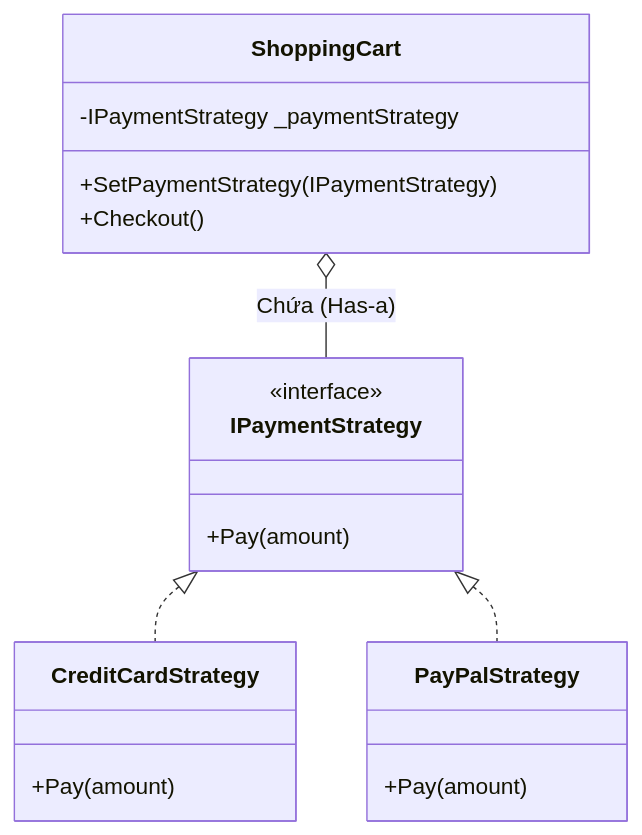
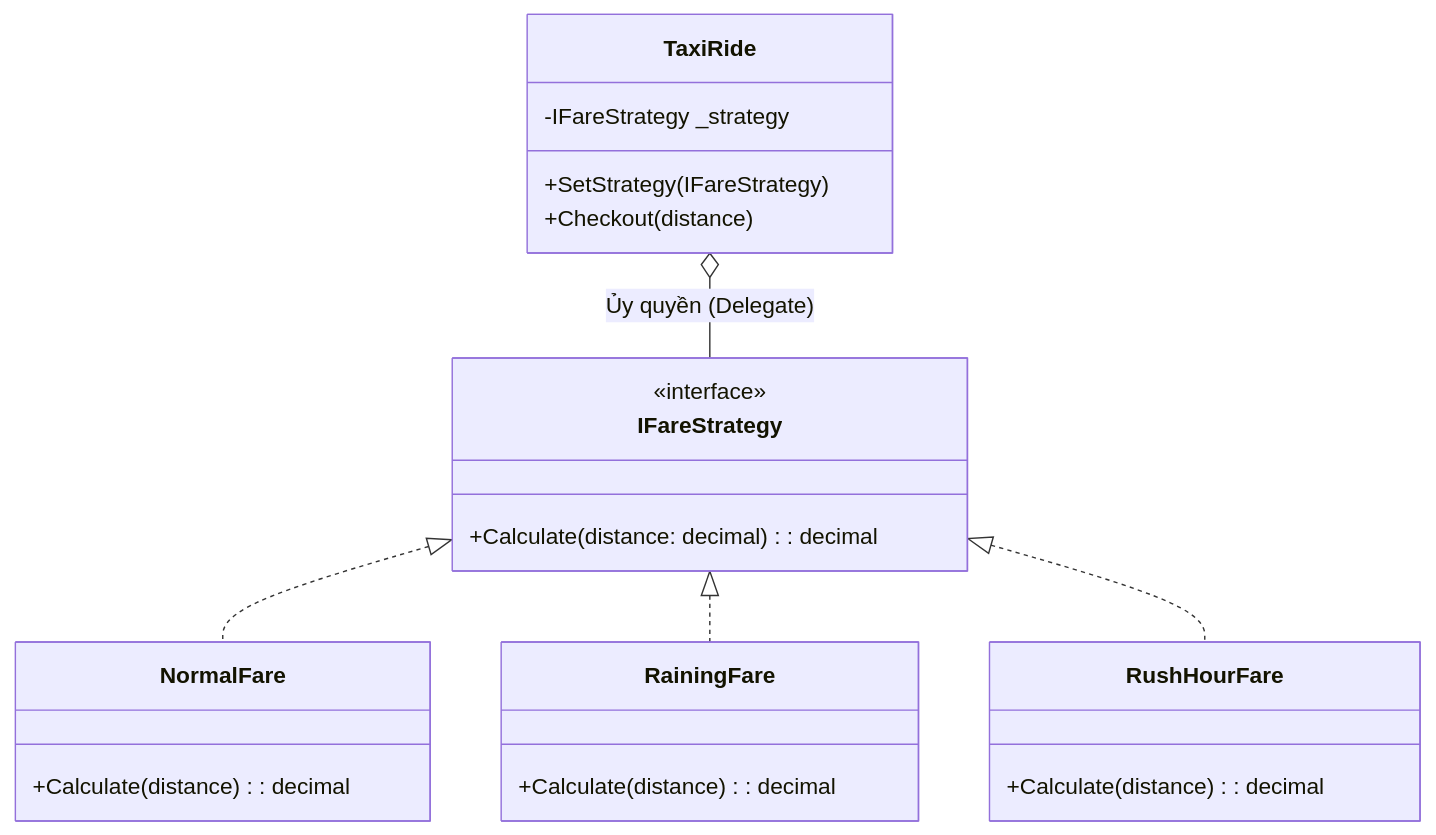
Before and after one commit to maitieubao/VisualizationDSA: the diagram in frontend/src/features/docs/content/patterns/strategy.md, drawn with Mermaid. The commit also changed other lines of this file and 823 other files, not shown here.

First line of the commit message:
feat: Sprint 3 hoàn tất - Classroom, Codelabs, Theory Articles, Graph search viz + redesign QuickSort/MergeSort visualizers

````diff
--- a/frontend/src/features/docs/content/patterns/strategy.md
+++ b/frontend/src/features/docs/content/patterns/strategy.md
@@ -25,22 +81,28 @@
 ```mermaid
 classDiagram
-    class ShoppingCart {
-        -IPaymentStrategy _paymentStrategy
-        +SetPaymentStrategy(IPaymentStrategy)
-        +Checkout()
-    }
-    class IPaymentStrategy {
+    class IFareStrategy {
         <<interface>>
-        +Pay(amount)
-    }
-    class CreditCardStrategy {
-        +Pay(amount)
-    }
-    class PayPalStrategy {
-        +Pay(amount)
+        +Calculate(distance: decimal): decimal
     }
     
-    ShoppingCart o-- IPaymentStrategy : Chứa (Has-a)
-    IPaymentStrategy <|.. CreditCardStrategy
-    IPaymentStrategy <|.. PayPalStrategy
+    class NormalFare {
+        +Calculate(distance): decimal
+    }
+    class RainingFare {
+        +Calculate(distance): decimal
+    }
+    class RushHourFare {
+        +Calculate(distance): decimal
+    }
+    
+    class TaxiRide {
+        -IFareStrategy _strategy
+        +SetStrategy(IFareStrategy)
+        +Checkout(distance)
+    }
+    
+    IFareStrategy <|.. NormalFare
+    IFareStrategy <|.. RainingFare
+    IFareStrategy <|.. RushHourFare
+    TaxiRide o-- IFareStrategy : Ủy quyền (Delegate)
 ```
````
